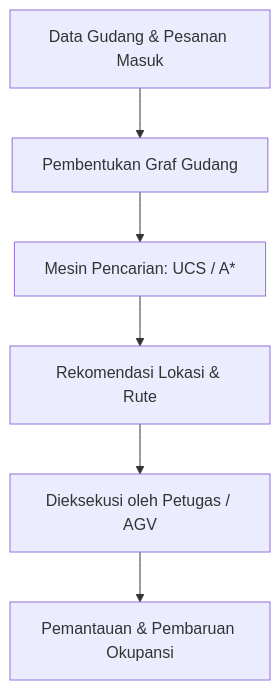
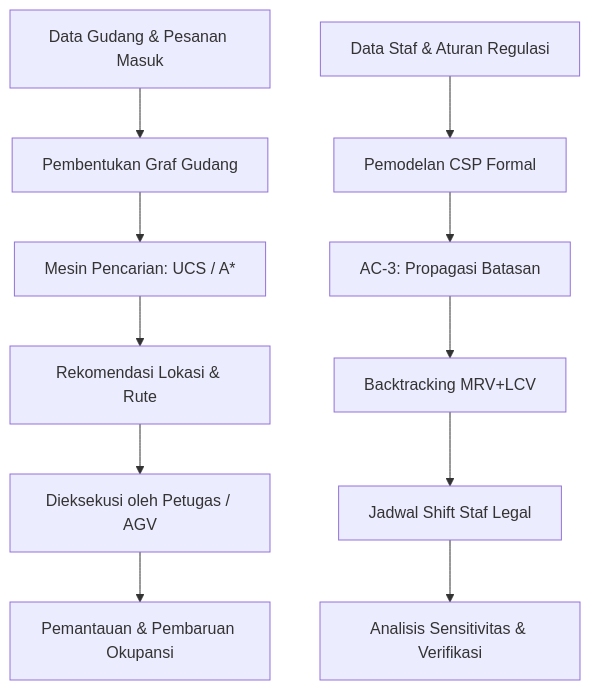
One commit to NicolasButarbutar/Smart-Warehouse-Agent changed the first of 2 diagrams in README.md. Above: the diagram before and after it, drawn with Mermaid. The commit also changed other lines of this file and 19 other files, not shown here.

````diff
--- a/README.md
+++ b/README.md
@@ -97,8 +125,14 @@
 ```mermaid
 flowchart TD
     A[Data Gudang & Pesanan Masuk] --> B[Pembentukan Graf Gudang]
     B --> C[Mesin Pencarian: UCS / A*]
     C --> D[Rekomendasi Lokasi & Rute]
     D --> E[Dieksekusi oleh Petugas / AGV]
     E --> F[Pemantauan & Pembaruan Okupansi]
+
+    G[Data Staf & Aturan Regulasi] --> H[Pemodelan CSP Formal]
+    H --> I[AC-3: Propagasi Batasan]
+    I --> J[Backtracking MRV+LCV]
+    J --> K[Jadwal Shift Staf Legal]
+    K --> L[Analisis Sensitivitas & Verifikasi]
 ```
````
